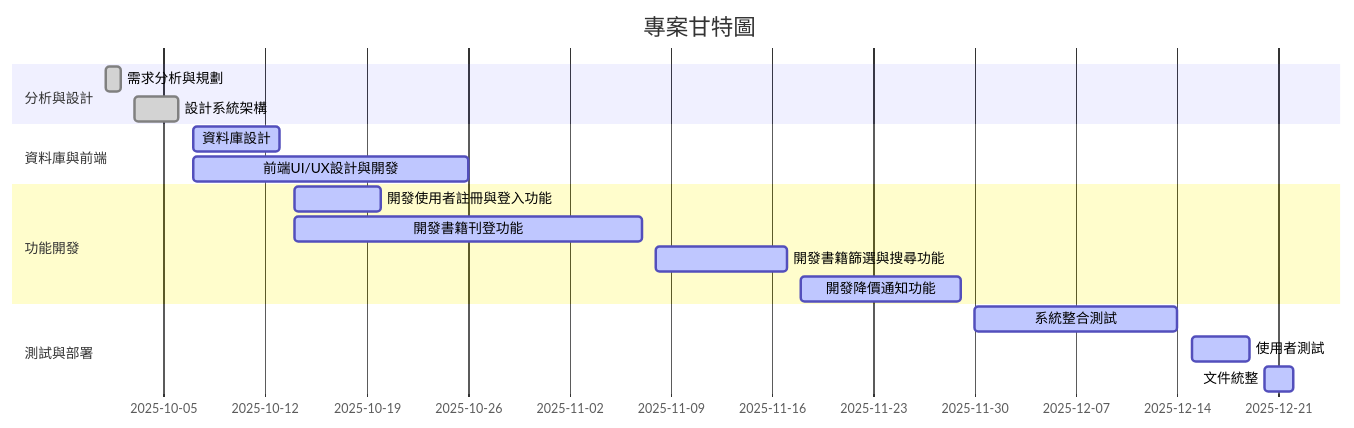
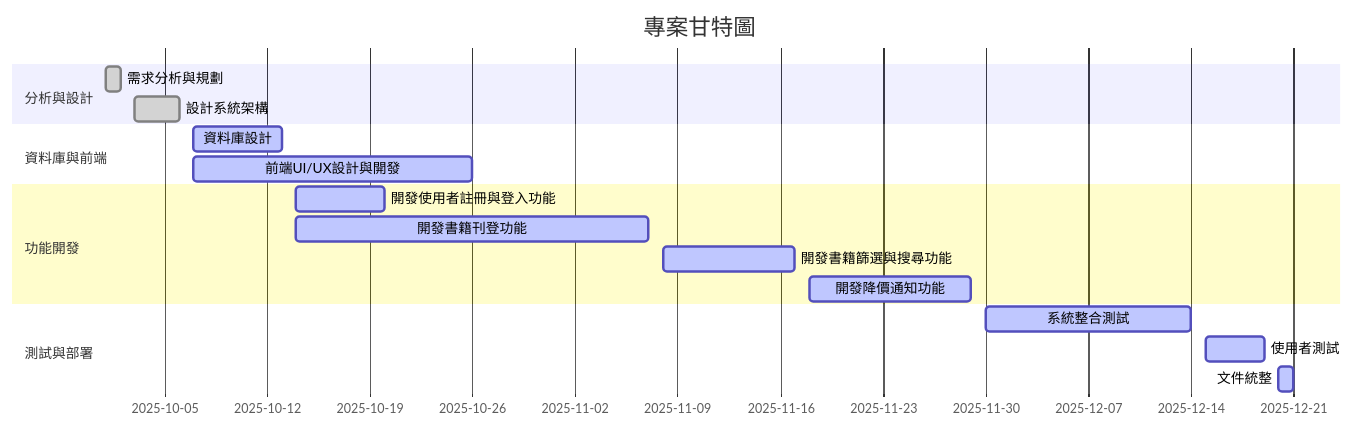
One commit to TEAM14-0633/team14_introduce changed the diagram in plan.md. Above: the diagram before and after it, drawn with Mermaid. The commit also changed other lines of this file, not shown here.

````diff
--- a/plan.md
+++ b/plan.md
@@ -4,24 +20,24 @@
 ``` mermaid
 gantt
     title 專案甘特圖
     dateFormat  YYYY-MM-DD
     section 分析與設計
     需求分析與規劃          :done, task1, 2025-10-01, 2025-10-02
     設計系統架構            :done, task2, 2025-10-03, 2025-10-06
 
     section 資料庫與前端
     資料庫設計              :active, task3, 2025-10-07, 2025-10-13
     前端UI/UX設計與開發     :active, task8, 2025-10-07, 2025-10-26
 
     section 功能開發
     開發使用者註冊與登入功能 :active, task4, 2025-10-14, 2025-10-20
     開發書籍刊登功能         :active, task5, 2025-10-14, 2025-11-07
     開發書籍篩選與搜尋功能   :active, task6, 2025-11-08, 2025-11-17
     開發降價通知功能         :active, task7, 2025-11-18, 2025-11-29
 
     section 測試與部署
     系統整合測試            :active, task9, 2025-11-30, 2025-12-14
     使用者測試              :active, task10, 2025-12-15, 2025-12-19
-    文件統整                :active, task11, 2025-12-20, 2025-12-22
+    文件統整                :active, task11, 2025-12-20, 2025-12-21
 
 ```
````
